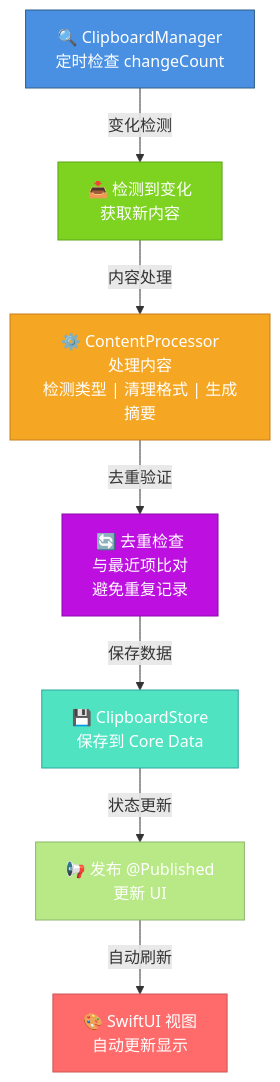
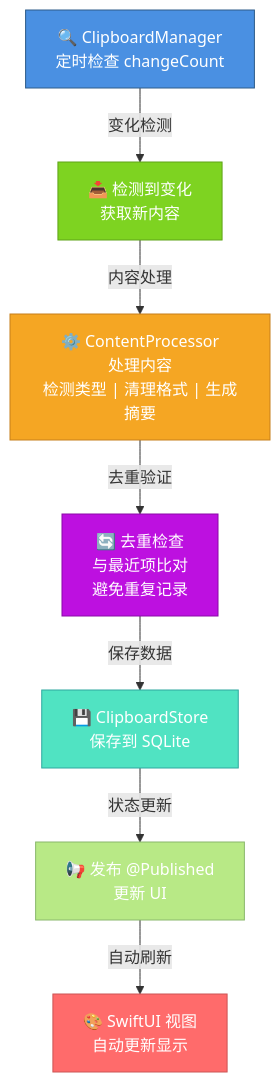
One commit to Wcowin/Wcowin.github.io changed the second of 2 diagrams in docs/develop/Mac-development/OneClip-Architecture-Design.md. Above: the diagram before and after it, drawn with Mermaid. The commit also changed other lines of this file and 34 other files, not shown here.

````diff
--- a/docs/develop/Mac-development/OneClip-Architecture-Design.md
+++ b/docs/develop/Mac-development/OneClip-Architecture-Design.md
@@ -334,25 +329,25 @@
 ```mermaid
 graph TD
     A["🔍 ClipboardManager<br/>定时检查 changeCount"]
     B["📥 检测到变化<br/>获取新内容"]
     C["⚙️ ContentProcessor<br/>处理内容<br/>检测类型 | 清理格式 | 生成摘要"]
     D["🔄 去重检查<br/>与最近项比对<br/>避免重复记录"]
-    E["💾 ClipboardStore<br/>保存到 Core Data"]
+    E["💾 ClipboardStore<br/>保存到 SQLite"]
     F["📢 发布 @Published<br/>更新 UI"]
     G["🎨 SwiftUI 视图<br/>自动更新显示"]
     
     A -->|变化检测| B
     B -->|内容处理| C
     C -->|去重验证| D
     D -->|保存数据| E
     E -->|状态更新| F
     F -->|自动刷新| G
     
     style A fill:#4A90E2,stroke:#2E5C8A,color:#fff
     style B fill:#7ED321,stroke:#5FA319,color:#fff
     style C fill:#F5A623,stroke:#C67F1A,color:#fff
     style D fill:#BD10E0,stroke:#8B0AA8,color:#fff
     style E fill:#50E3C2,stroke:#2FA89F,color:#fff
     style F fill:#B8E986,stroke:#8AB86D,color:#fff
     style G fill:#FF6B6B,stroke:#CC5555,color:#fff
 ```
````
